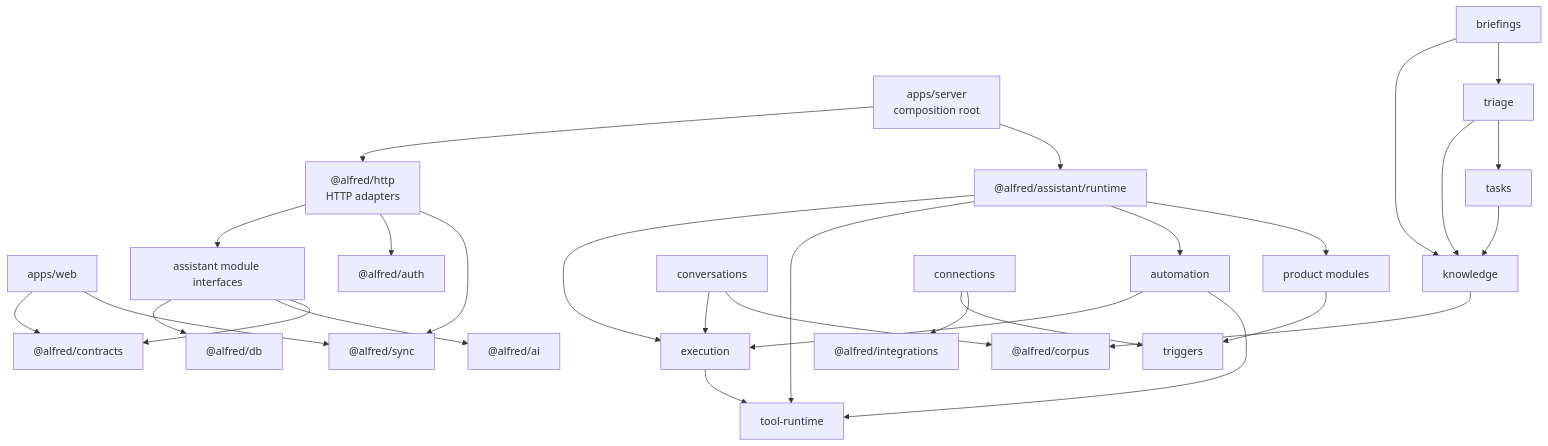
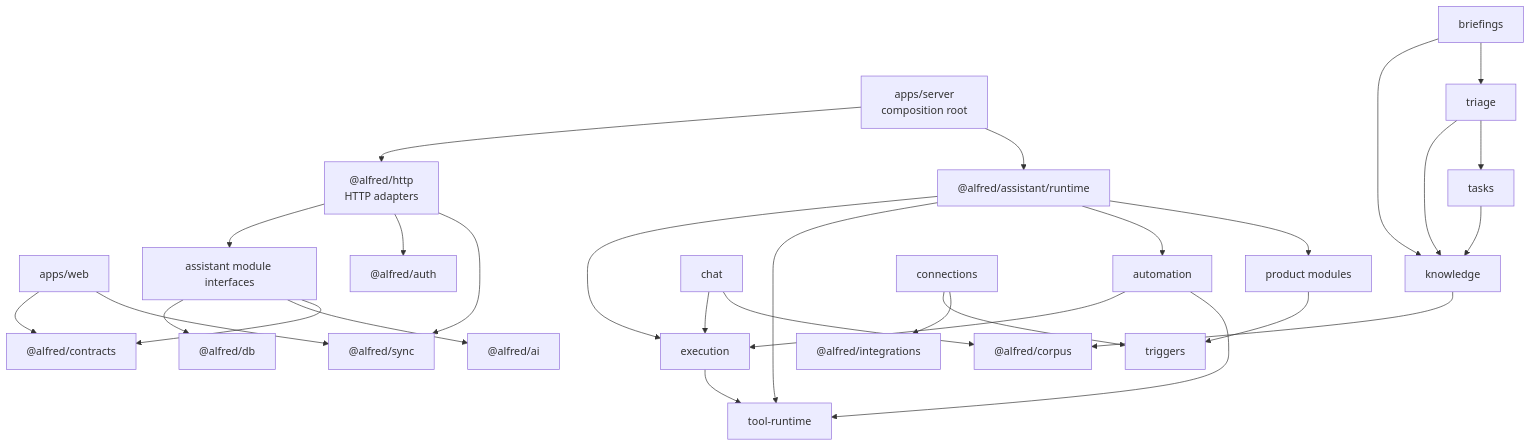
One commit to 99Yash/alfred changed the diagram in docs/plans/agent-friendly-module-structure.md. Above: the diagram before and after it, drawn with Mermaid. The commit also changed other lines of this file and 111 other files, not shown here.

First line of the commit message:
refactor(chat): rename the conversations module to chat

````diff
--- a/docs/plans/agent-friendly-module-structure.md
+++ b/docs/plans/agent-friendly-module-structure.md
@@ -286,37 +291,37 @@
 ```mermaid
 flowchart TD
   server["apps/server<br/>composition root"] --> http["@alfred/http<br/>HTTP adapters"]
   server --> runtime["@alfred/assistant/runtime"]
   web["apps/web"] --> contracts["@alfred/contracts"]
   web --> sync["@alfred/sync"]
 
   http --> assistant["assistant module interfaces"]
   http --> auth["@alfred/auth"]
   http --> sync
 
   runtime --> execution
   runtime --> tool_runtime["tool-runtime"]
   runtime --> automation
   runtime --> product["product modules"]
 
   automation --> execution
   automation --> tool_runtime
-  conversations --> execution
+  chat --> execution
   execution --> tool_runtime
 
   briefings --> knowledge
   briefings --> triage
   triage --> knowledge
   triage --> tasks
   tasks --> knowledge
 
   product --> triggers
   connections --> triggers
   connections --> integrations["@alfred/integrations"]
-  conversations --> corpus["@alfred/corpus"]
+  chat --> corpus["@alfred/corpus"]
   knowledge --> corpus
 
   assistant --> db["@alfred/db"]
   assistant --> ai["@alfred/ai"]
   assistant --> contracts
 ```
````
